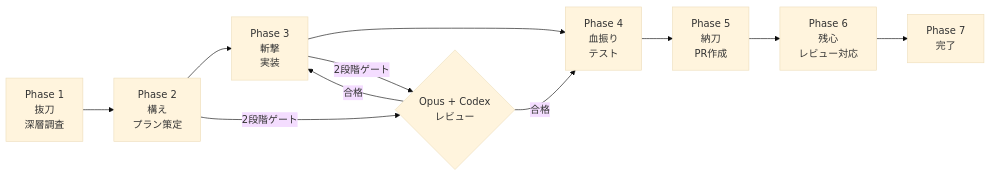
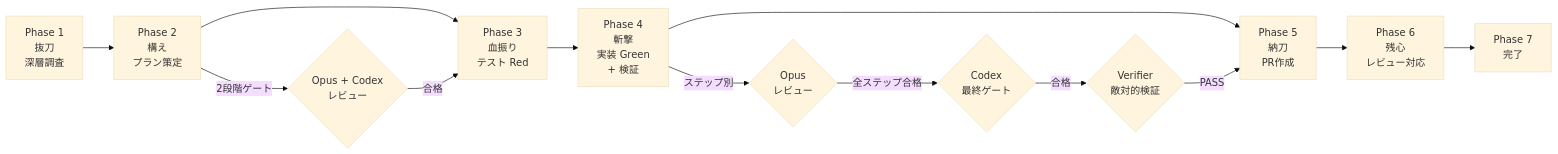
Before and after one commit to yoshi0703/claude-solve-skill: the second of 4 diagrams in README.md, drawn with Mermaid (base theme). The commit also changed other lines of this file and 6 other files, not shown here.

````diff
--- a/README.md
+++ b/README.md
@@ -120,14 +128,16 @@
 ```mermaid
 graph LR
     P1[Phase 1<br/>抜刀<br/>深層調査] --> P2[Phase 2<br/>構え<br/>プラン策定]
-    P2 --> P3[Phase 3<br/>斬撃<br/>実装]
-    P3 --> P4[Phase 4<br/>血振り<br/>テスト]
+    P2 --> P3[Phase 3<br/>血振り<br/>テスト Red]
+    P3 --> P4[Phase 4<br/>斬撃<br/>実装 Green<br/>+ 検証]
     P4 --> P5[Phase 5<br/>納刀<br/>PR作成]
     P5 --> P6[Phase 6<br/>残心<br/>レビュー対応]
     P6 --> P7[Phase 7<br/>完了]
     
     P2 -->|2段階ゲート| RV{Opus + Codex<br/>レビュー}
-    P3 -->|2段階ゲート| RV
     RV -->|合格| P3
-    RV -->|合格| P4
+    P4 -->|ステップ別| OPR{Opus<br/>レビュー}
+    OPR -->|全ステップ合格| CDX{Codex<br/>最終ゲート}
+    CDX -->|合格| VRF{Verifier<br/>敵対的検証}
+    VRF -->|PASS| P5
 ```
````
